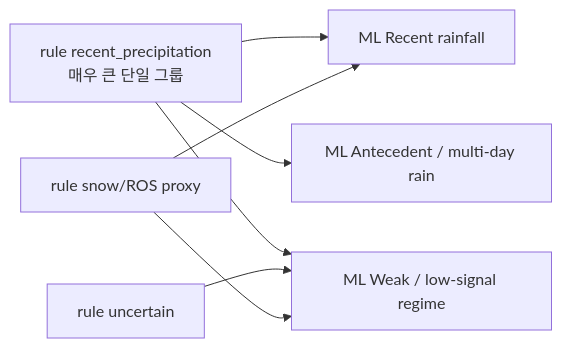
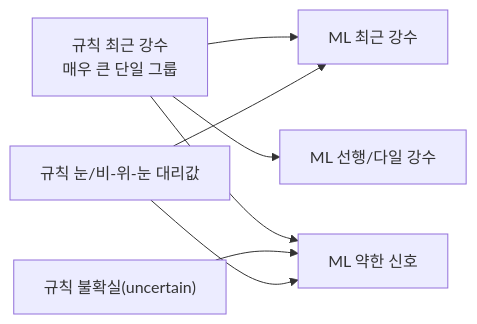
Before and after one commit to mossyantler/flood-underestimation-lstm: the fourth of 4 diagrams in docs/explain/07_ml_flood_generation_typing.md, drawn with Mermaid. The commit also changed other lines of this file and 13 other files, not shown here.

````diff
--- a/docs/explain/07_ml_flood_generation_typing.md
+++ b/docs/explain/07_ml_flood_generation_typing.md
@@ -263,10 +300,10 @@
 ```mermaid
 flowchart LR
-    A["rule recent_precipitation<br/>매우 큰 단일 그룹"] --> B["ML Recent rainfall"]
-    A --> C["ML Antecedent / multi-day rain"]
-    A --> D["ML Weak / low-signal regime"]
+    A["규칙 최근 강수<br/>매우 큰 단일 그룹"] --> B["ML 최근 강수"]
+    A --> C["ML 선행/다일 강수"]
+    A --> D["ML 약한 신호"]
 
-    E["rule uncertain"] --> D
-    F["rule snow/ROS proxy"] --> D
+    E["규칙 불확실(uncertain)"] --> D
+    F["규칙 눈/비-위-눈 대리값"] --> D
     F --> B
 ```
````
